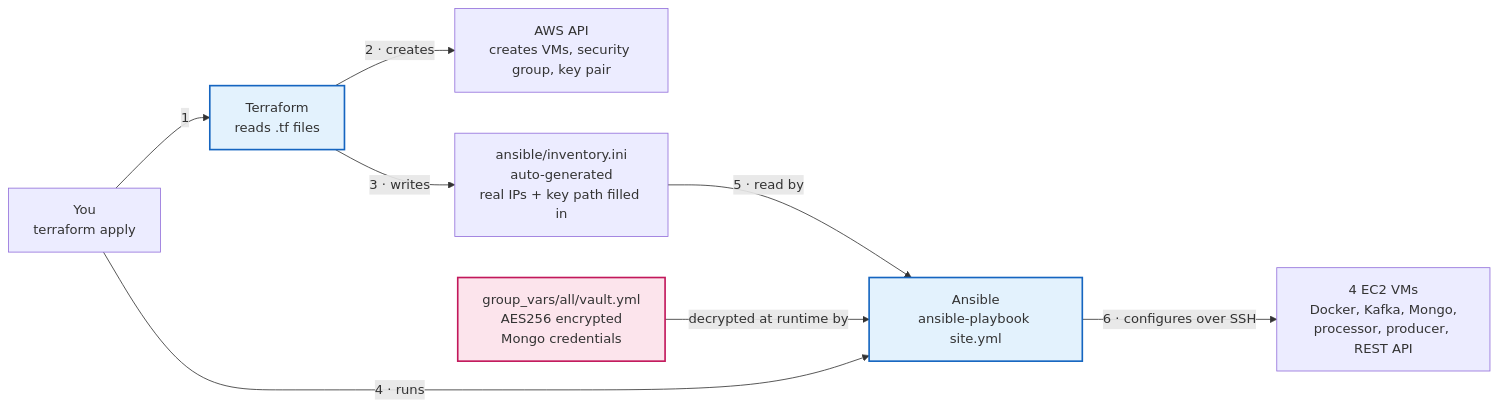
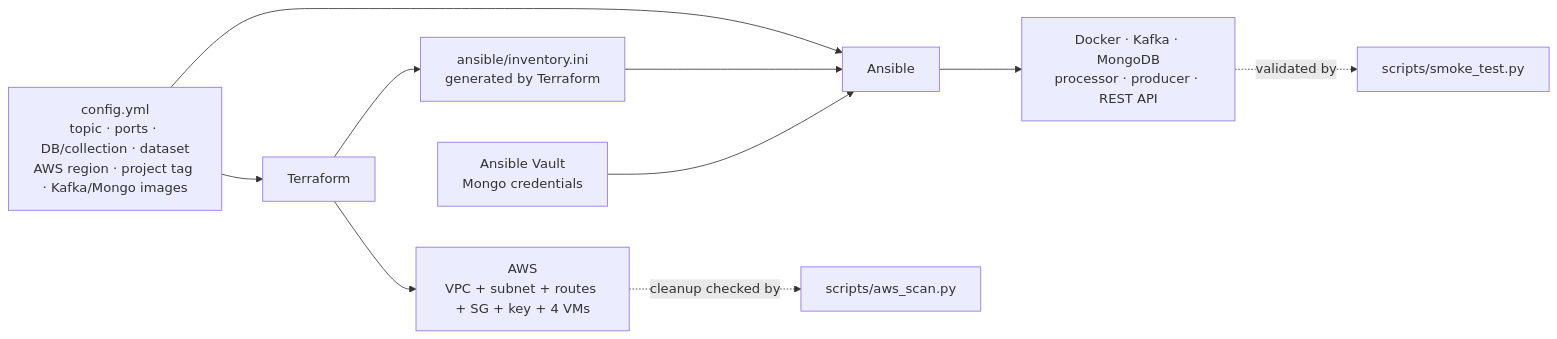
Before and after one commit to Amshu0-0/CA: the second of 2 diagrams in CA1/README.md, drawn with Mermaid. The commit also changed other lines of this file and 4 other files, not shown here.

````diff
--- a/CA1/README.md
+++ b/CA1/README.md
@@ -62,23 +89,22 @@
 ```mermaid
 flowchart LR
-    Dev["You<br/>terraform apply"]
-    TF["Terraform<br/>reads .tf files"]
-    AWSA["AWS API<br/>creates VMs, security group, key pair"]
-    Inv["ansible/inventory.ini<br/>auto-generated<br/>real IPs + key path filled in"]
-    Ans["Ansible<br/>ansible-playbook site.yml"]
-    VMs["4 EC2 VMs<br/>Docker, Kafka, Mongo,<br/>processor, producer, REST API"]
-    Vault["group_vars/all/vault.yml<br/>AES256 encrypted<br/>Mongo credentials"]
+    Cfg["config.yml<br/>topic · ports · DB/collection · dataset<br/>AWS region · project tag · Kafka/Mongo images"]
+    TF["Terraform"]
+    AWSA["AWS<br/>VPC + subnet + routes + SG + key + 4 VMs"]
+    Inv["ansible/inventory.ini<br/>generated by Terraform"]
+    Ans["Ansible"]
+    VMs["Docker · Kafka · MongoDB<br/>processor · producer · REST API"]
+    Vault["Ansible Vault<br/>Mongo credentials"]
+    Smoke["scripts/smoke_test.py"]
+    Scan["scripts/aws_scan.py"]
 
-    Dev -->|"1"| TF
-    TF -->|"2 · creates"| AWSA
-    TF -->|"3 · writes"| Inv
-    Dev -->|"4 · runs"| Ans
-    Inv -->|"5 · read by"| Ans
-    Vault -->|"decrypted at runtime by"| Ans
-    Ans -->|"6 · configures over SSH"| VMs
-
-    classDef toolNode fill:#e3f2fd,stroke:#1565c0,stroke-width:2px
-    classDef secretNode fill:#fce4ec,stroke:#c2185b,stroke-width:2px
-    class TF,Ans toolNode
-    class Vault secretNode
+    Cfg --> TF
+    Cfg --> Ans
+    TF --> AWSA
+    TF --> Inv
+    Inv --> Ans
+    Vault --> Ans
+    Ans --> VMs
+    VMs -. validated by .-> Smoke
+    AWSA -. cleanup checked by .-> Scan
 ```
````
